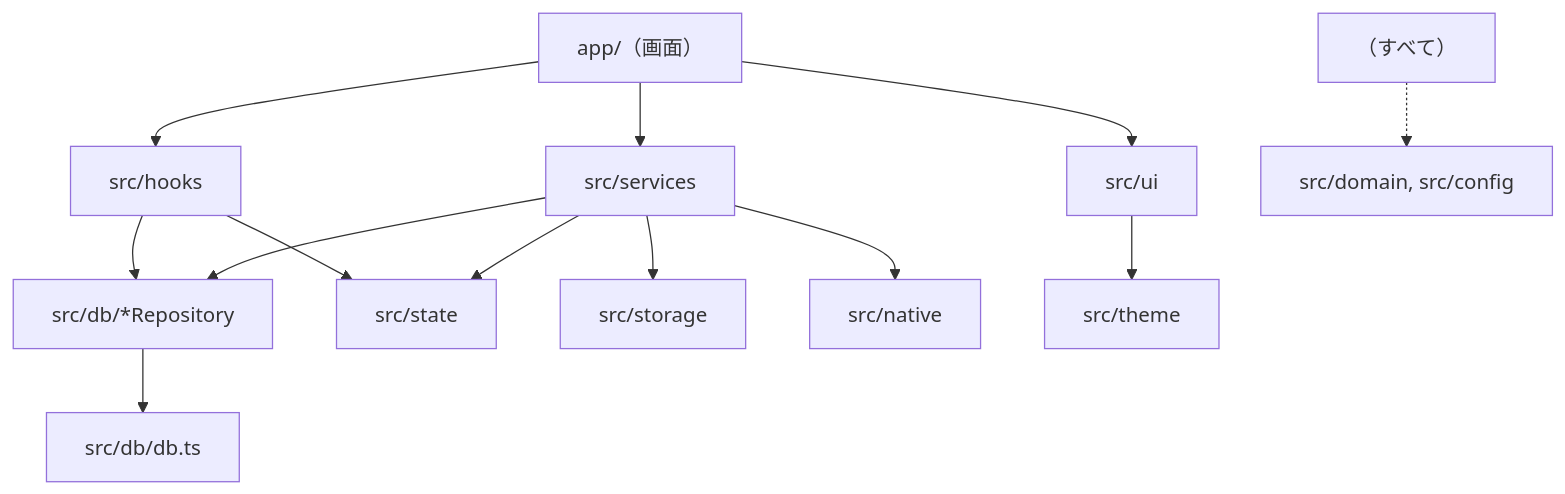
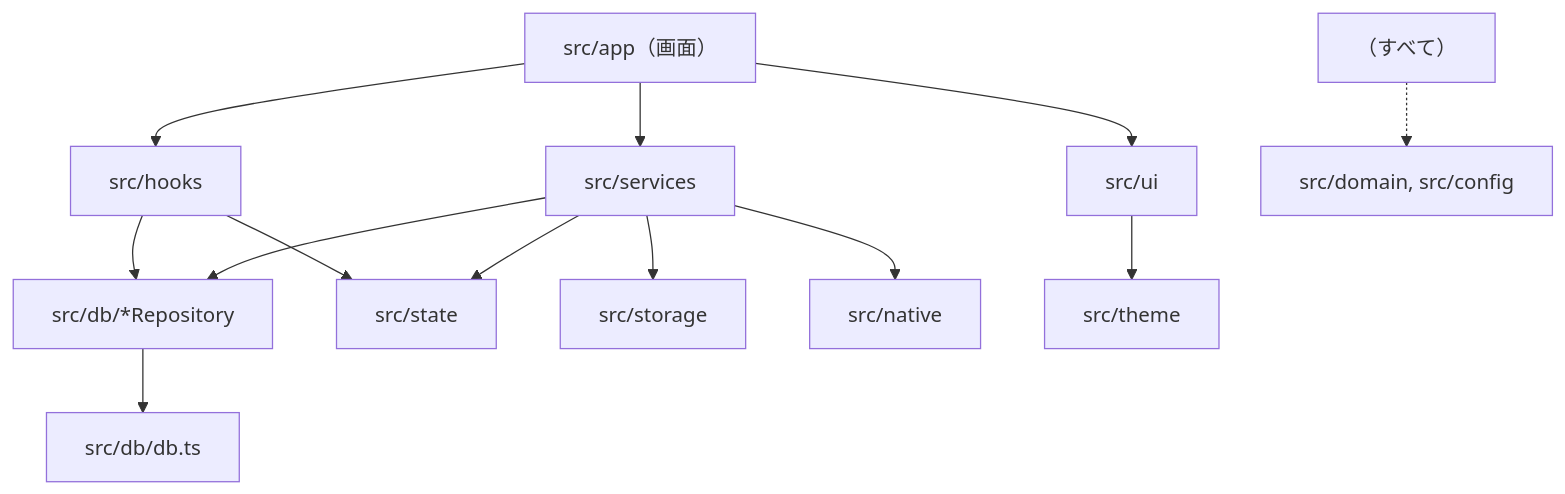
The diagram in docs/03_detailed-design/detailed-design.md (SasaBranch/Leaves), drawn with Mermaid before and after one commit. The commit also changed other lines of this file and 21 other files, not shown here.

````diff
--- a/docs/03_detailed-design/detailed-design.md
+++ b/docs/03_detailed-design/detailed-design.md
@@ -195,15 +195,15 @@
 ```mermaid
 flowchart TB
-  app["app/（画面）"] --> hooks["src/hooks"]
+  app["src/app（画面）"] --> hooks["src/hooks"]
   app --> services["src/services"]
   app --> ui["src/ui"]
   hooks --> repos["src/db/*Repository"]
   hooks --> state["src/state"]
   services --> repos
   services --> storage["src/storage"]
   services --> native["src/native"]
   services --> state
   repos --> db["src/db/db.ts"]
   ui --> theme["src/theme"]
   all["（すべて）"] -.-> domain["src/domain, src/config"]
 ```
````
